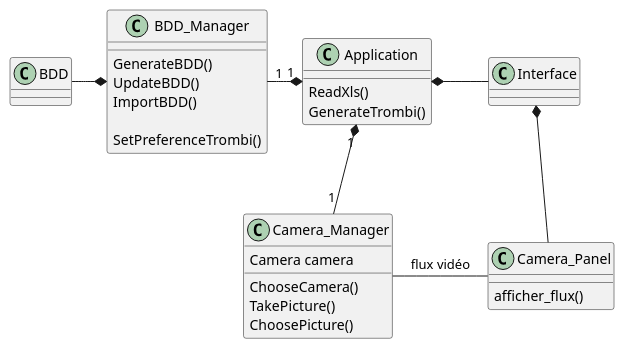
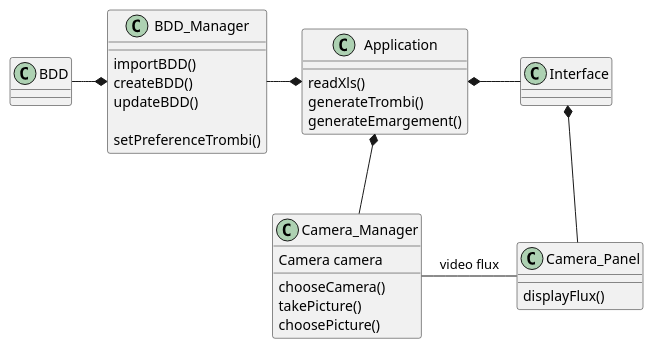
The diagram in Diagrammes/diagramme_class.wsd (pandadorable/Trombinoscope), drawn with PlantUML before and after one commit.

```diff
--- a/Diagrammes/diagramme_class.wsd
+++ b/Diagrammes/diagramme_class.wsd
@@ -1,44 +1,45 @@
 @startuml classDiagram
 
 class Application {
-    ReadXls()
-    GenerateTrombi()
+    readXls()
+    generateTrombi()
+    generateEmargement()
 }
 
 class Interface {
 
 }
 
 class BDD {
     
 }
 
 class BDD_Manager {
-    GenerateBDD()
-    UpdateBDD()
-    ImportBDD()
+    importBDD()
+    createBDD()
+    updateBDD()
 
-    SetPreferenceTrombi()
+    setPreferenceTrombi()
 }
 
 class Camera_Manager {
     Camera camera
-    ChooseCamera()
-    TakePicture() 
-    ChoosePicture() 
+    chooseCamera()
+    takePicture() 
+    choosePicture() 
 }
 
 class Camera_Panel {
-    afficher_flux()
+    displayFlux()
 }
 
 Application *-right- Interface 
-Application "1" *-left- "1" BDD_Manager
-Application "1" *-down- "1" Camera_Manager
+Application *-left- BDD_Manager
+Application *-down- Camera_Manager
 
 Interface *-- Camera_Panel
 
-Camera_Manager -right- Camera_Panel : flux vidéo
+Camera_Manager -right- Camera_Panel : video flux
 BDD -right-* BDD_Manager
 
 @enduml
```
